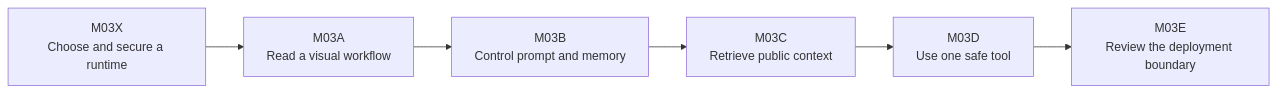
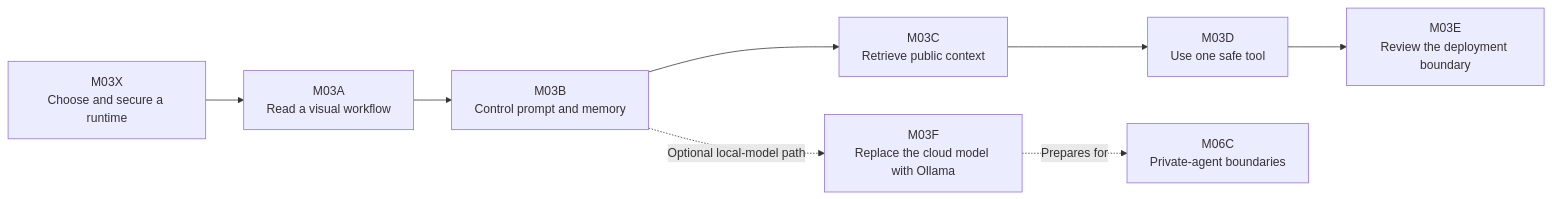
The diagram in M03-Context-Orchestration/README.md (tulip-lab/agentic-AI-lab), drawn with Mermaid before and after one commit. The commit also changed other lines of this file and 6 other files, not shown here.

Commit message:
docs(m03): add optional Ollama Flowise lab

````diff
--- a/M03-Context-Orchestration/README.md
+++ b/M03-Context-Orchestration/README.md
@@ -9,8 +9,10 @@
 ```mermaid
 flowchart LR
     X[M03X<br/>Choose and secure a runtime] --> A[M03A<br/>Read a visual workflow]
     A --> B[M03B<br/>Control prompt and memory]
     B --> C[M03C<br/>Retrieve public context]
     C --> D[M03D<br/>Use one safe tool]
     D --> E[M03E<br/>Review the deployment boundary]
+    B -. Optional local-model path .-> F[M03F<br/>Replace the cloud model with Ollama]
+    F -. Prepares for .-> M6[M06C<br/>Private-agent boundaries]
 ```
````
